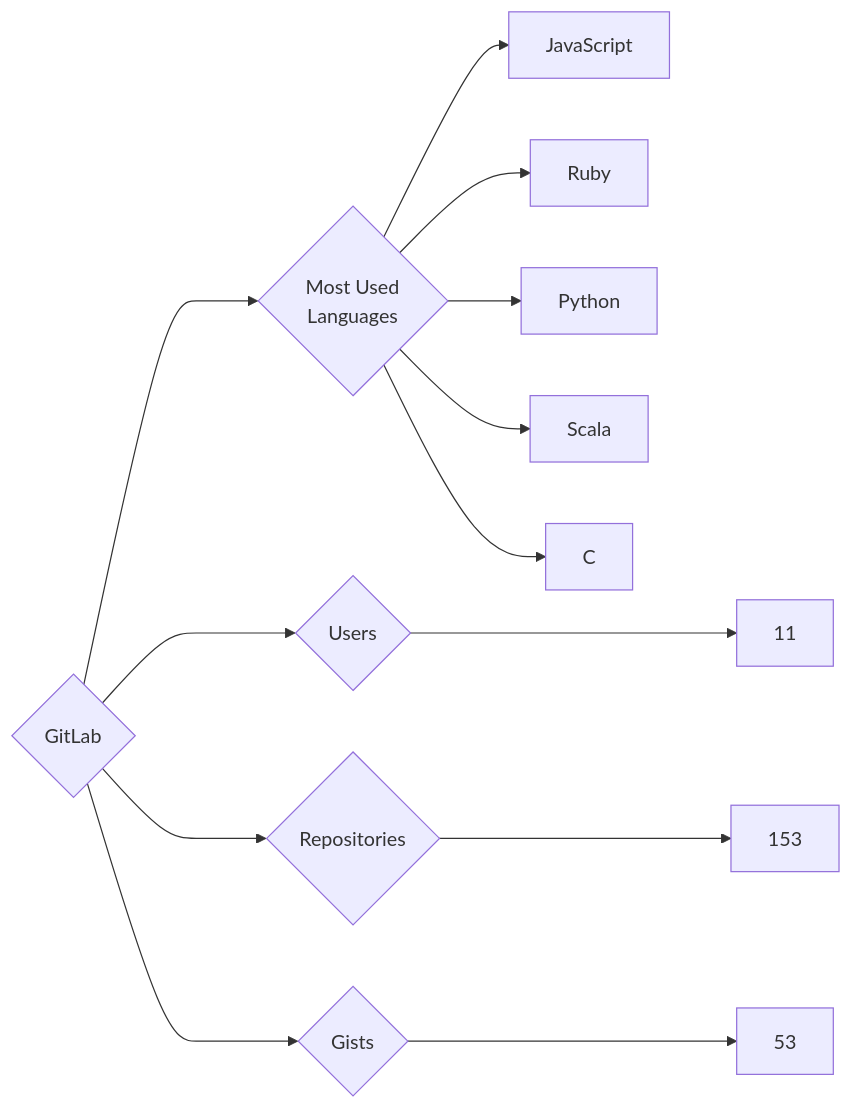
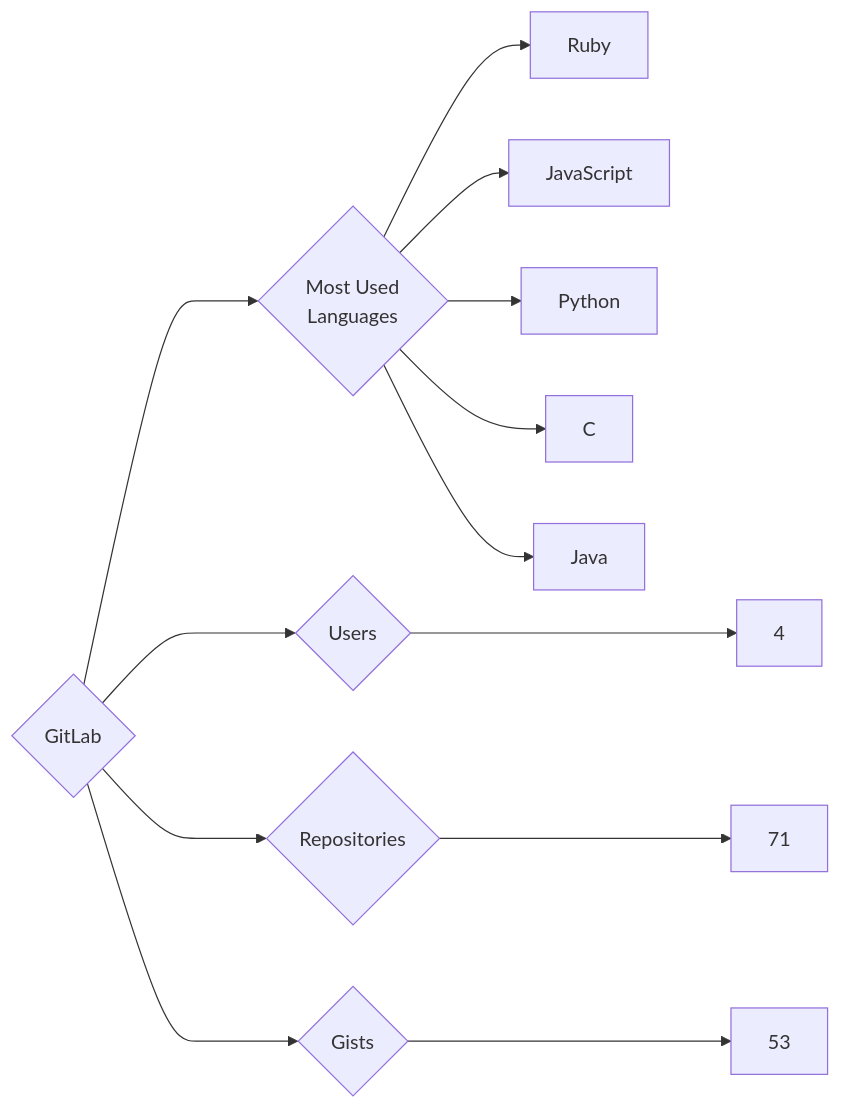
One commit to trickest/insiders changed the diagram in targets/GitLab/README.md. Above: the diagram before and after it, drawn with Mermaid. The commit also changed 899 other files, not shown here.

````diff
--- a/targets/GitLab/README.md
+++ b/targets/GitLab/README.md
@@ -3,13 +3,13 @@
 ```mermaid
 graph LR
 COMPANY_NAME{GitLab}
-COMPANY_NAME ---> U{Users} ---> UN[11]
-COMPANY_NAME ---> R{Repositories} ---> RN[153]
+COMPANY_NAME ---> U{Users} ---> UN[4]
+COMPANY_NAME ---> R{Repositories} ---> RN[71]
 COMPANY_NAME ---> G{Gists} ---> GN[53]
 COMPANY_NAME ---> ML{Most Used<br>Languages}
+ML --> Ruby[Ruby]
 ML --> JavaScript[JavaScript]
-ML --> Ruby[Ruby]
 ML --> Python[Python]
-ML --> Scala[Scala]
 ML --> C[C]
+ML --> Java[Java]
 ```
````
